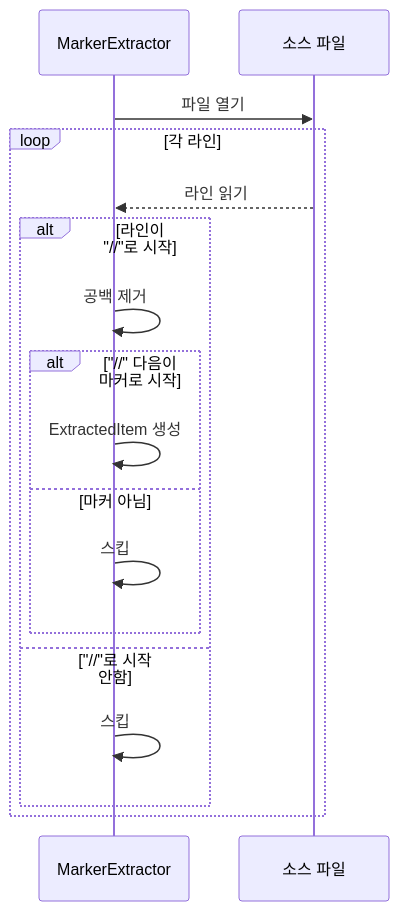
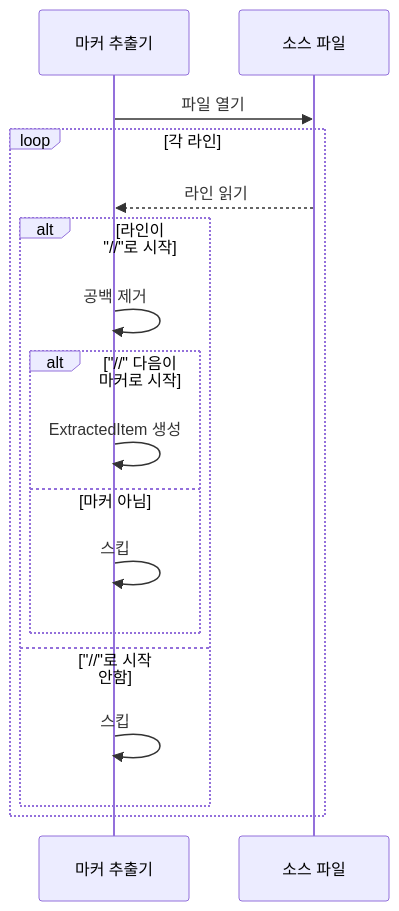
Before and after one commit to SleighMaster99/TODOExtractor: the fourth of 4 diagrams in docs/architecture.md, drawn with Mermaid. The commit also changed other lines of this file and 1 other file, not shown here.

````diff
--- a/docs/architecture.md
+++ b/docs/architecture.md
@@ -250,23 +250,23 @@
 ```mermaid
 sequenceDiagram
-    participant Extractor as MarkerExtractor
+    participant Extractor as 마커 추출기
     participant File as 소스 파일
 
     Extractor->>File: 파일 열기
 
     loop 각 라인
         File-->>Extractor: 라인 읽기
 
         alt 라인이 "//"로 시작
             Extractor->>Extractor: 공백 제거
 
             alt "//" 다음이 마커로 시작
                 Extractor->>Extractor: ExtractedItem 생성
             else 마커 아님
                 Extractor->>Extractor: 스킵
             end
         else "//"로 시작 안함
             Extractor->>Extractor: 스킵
         end
     end
 ```
````
